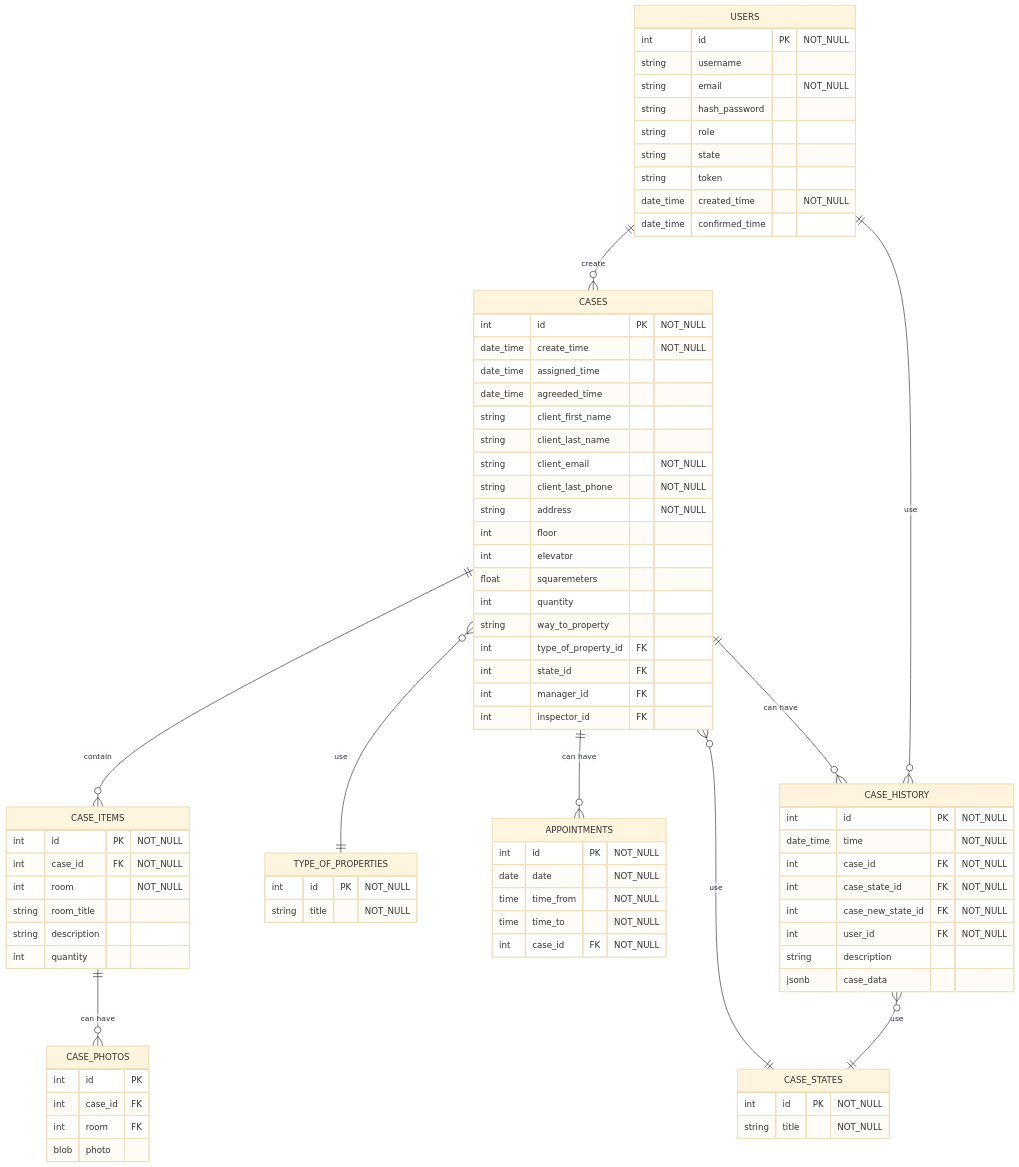
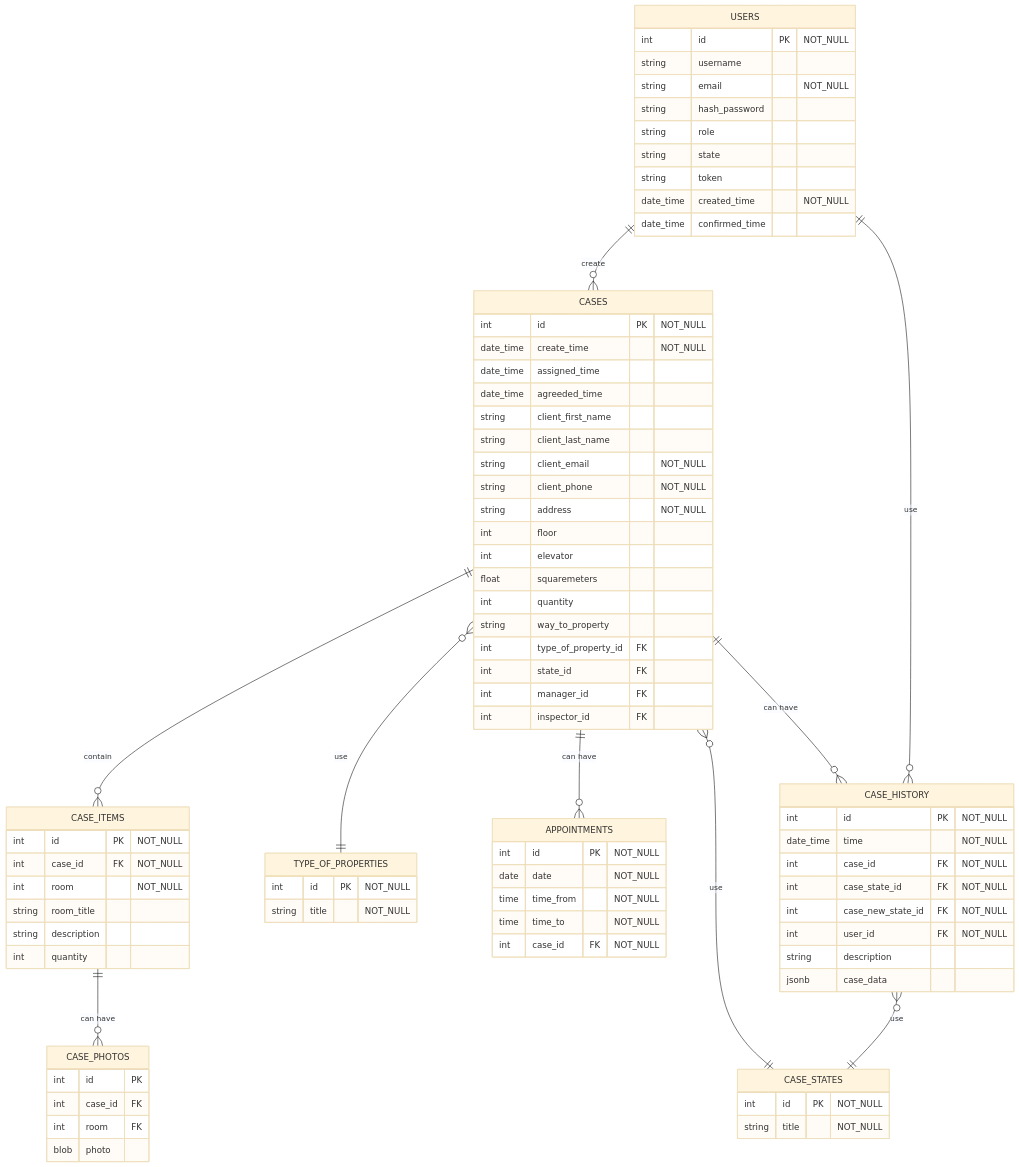
Before and after one commit to WildCodeSchool/2022-07-EN-Berlin-Remote1-Project3Planning: the sixth of 6 diagrams in README.md, drawn with Mermaid.

Commit message:
Changed DB client_last_phone to client_phone

```diff
--- a/README.md
+++ b/README.md
@@ -322,7 +322,7 @@
         string client_first_name
         string client_last_name
         string client_email  "NOT_NULL"
-        string client_last_phone "NOT_NULL"
+        string client_phone "NOT_NULL"
         string address  "NOT_NULL"
         int floor
         int elevator
```
